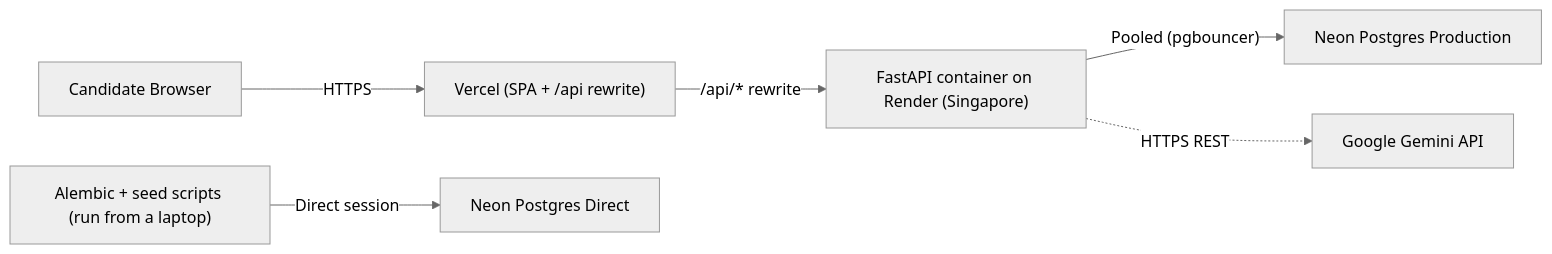
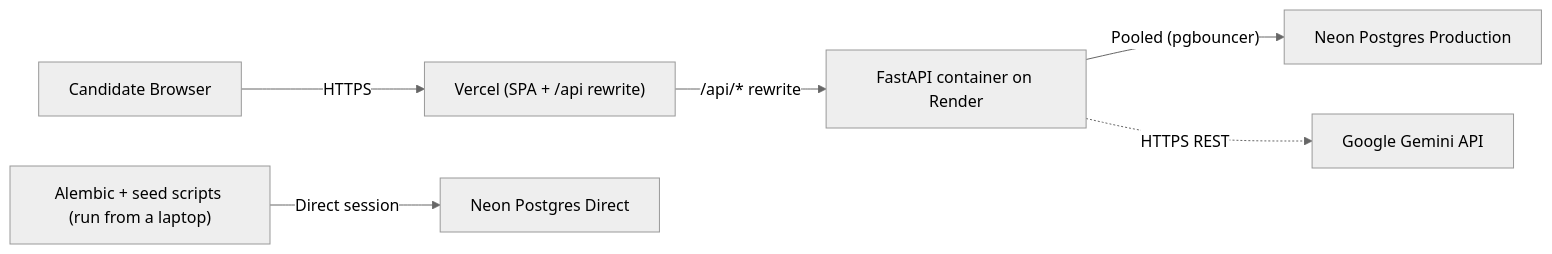
One commit to Fb-JAYRAJ/Placement-Copilot- changed the diagram in docs/DEPLOYMENT.md. Above: the diagram before and after it, drawn with Mermaid (neutral theme). The commit also changed other lines of this file, not shown here.

First line of the commit message:
docs: deployment guide updated for the live Render + Vercel setup

````diff
--- a/docs/DEPLOYMENT.md
+++ b/docs/DEPLOYMENT.md
@@ -19,8 +20,8 @@
 ```mermaid
 flowchart LR
     User["Candidate Browser"] -->|HTTPS| Vercel["Vercel (SPA + /api rewrite)"]
-    Vercel -->|"/api/* rewrite"| Backend["FastAPI container on Render (Singapore)"]
+    Vercel -->|"/api/* rewrite"| Backend["FastAPI container on Render"]
     Backend -->|"Pooled (pgbouncer)"| NeonPool["Neon Postgres Production"]
     Alembic["Alembic + seed scripts (run from a laptop)"] -->|"Direct session"| NeonDirect["Neon Postgres Direct"]
     Backend -.->|"HTTPS REST"| Gemini["Google Gemini API"]
 ```
````
